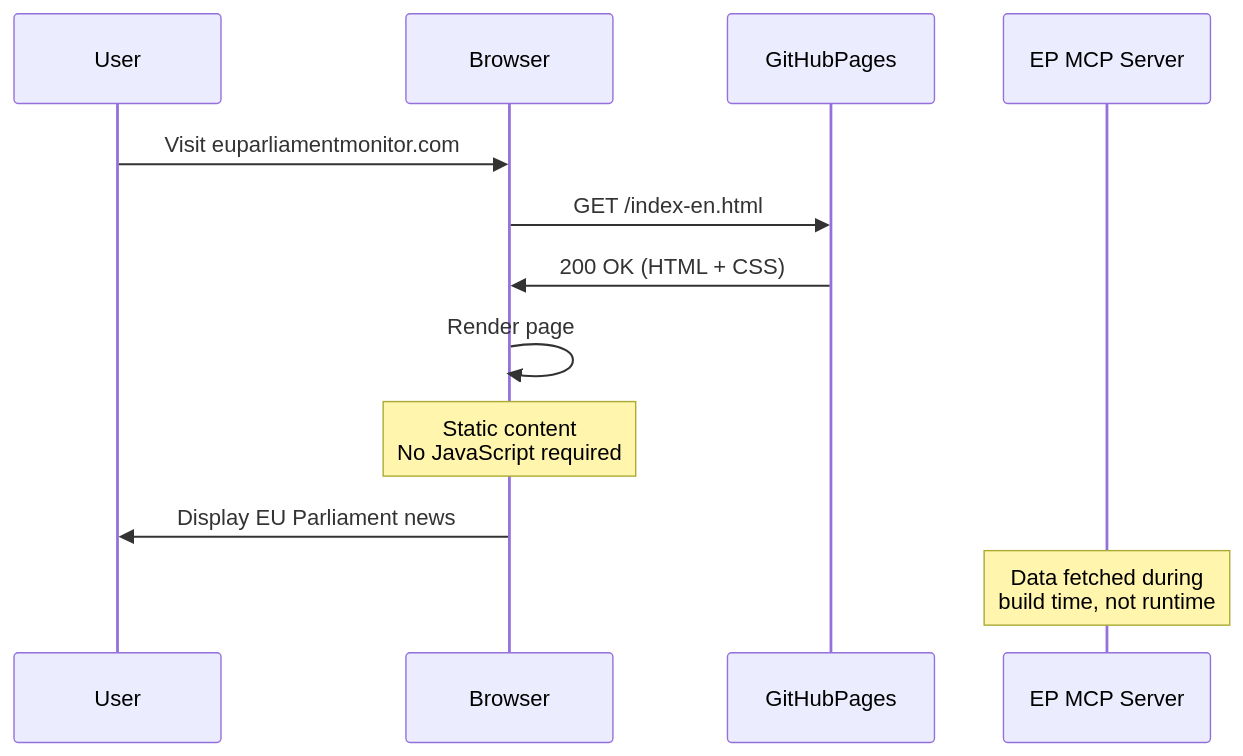
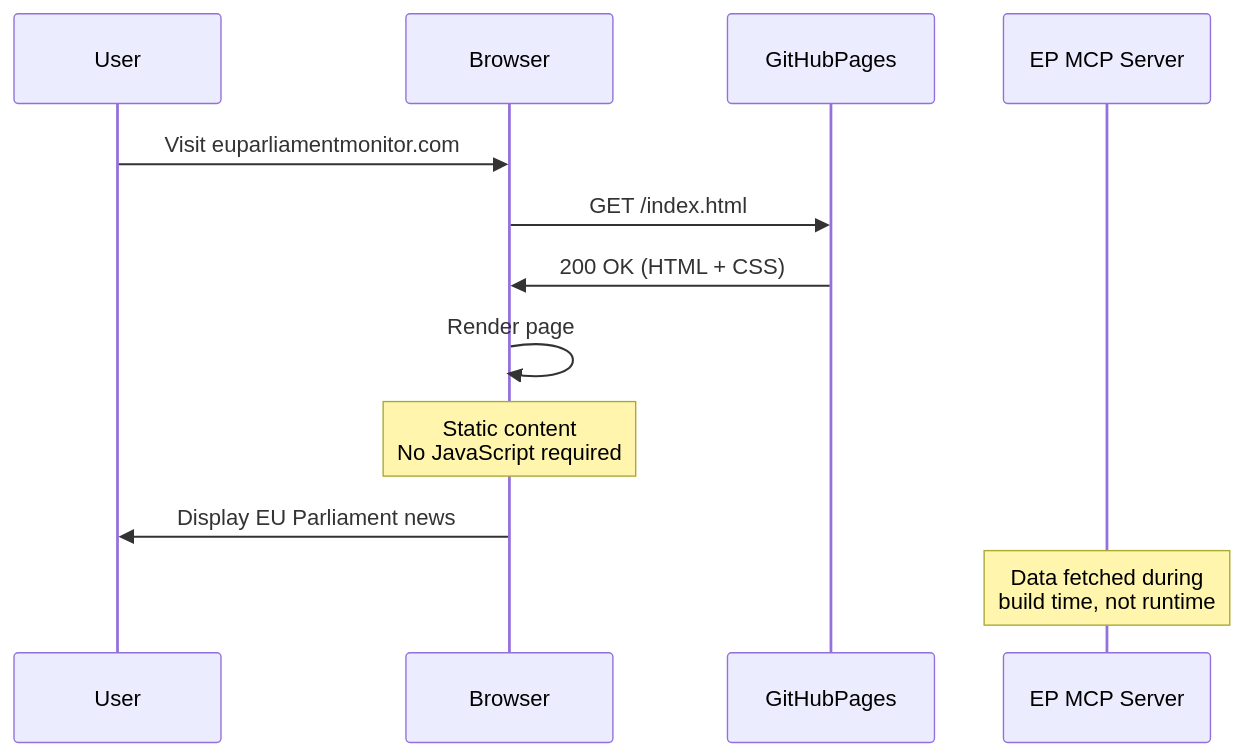
The fourth of 6 diagrams in .github/agents/documentation-architect.md (Hack23/euparliamentmonitor), drawn with Mermaid before and after one commit. The commit also changed other lines of this file and 44 other files, not shown here.

````diff
--- a/.github/agents/documentation-architect.md
+++ b/.github/agents/documentation-architect.md
@@ -132,16 +132,16 @@
 ```mermaid
 sequenceDiagram
     participant User
     participant Browser
     participant GitHubPages
     participant EPMCP as EP MCP Server
     
     User->>Browser: Visit euparliamentmonitor.com
-    Browser->>GitHubPages: GET /index-en.html
+    Browser->>GitHubPages: GET /index.html
     GitHubPages->>Browser: 200 OK (HTML + CSS)
     Browser->>Browser: Render page
     Note over Browser: Static content<br/>No JavaScript required
     Browser->>User: Display EU Parliament news
     
     Note over EPMCP: Data fetched during<br/>build time, not runtime
 ```
````
